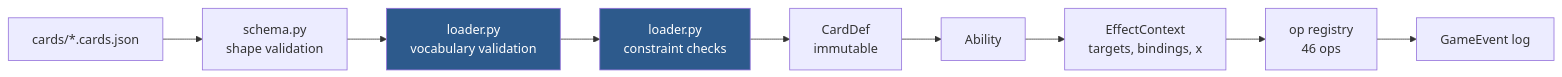
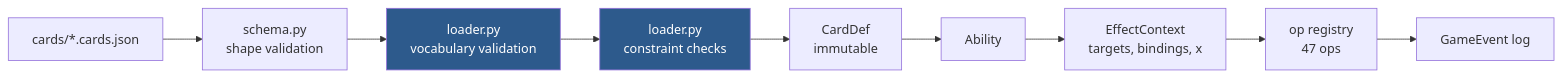
One commit to TylerGauntlett/commander-blitz changed the diagram in docs/card-dsl.md. Above: the diagram before and after it, drawn with Mermaid. The commit also changed other lines of this file and 17 other files, not shown here.

````diff
--- a/docs/card-dsl.md
+++ b/docs/card-dsl.md
@@ -6,14 +6,14 @@
 ```mermaid
 flowchart LR
     json["cards/*.cards.json"] --> pydantic["schema.py<br/>shape validation"]
     pydantic --> vocab["loader.py<br/>vocabulary validation"]
     vocab --> constraints["loader.py<br/>constraint checks"]
     constraints --> carddef["CardDef<br/>immutable"]
     carddef --> ability["Ability"]
     ability --> ctx["EffectContext<br/>targets, bindings, x"]
-    ctx --> ops["op registry<br/>46 ops"]
+    ctx --> ops["op registry<br/>47 ops"]
     ops --> events["GameEvent log"]
 
     style vocab fill:#2d5a8c,color:#fff
     style constraints fill:#2d5a8c,color:#fff
 ```
````
